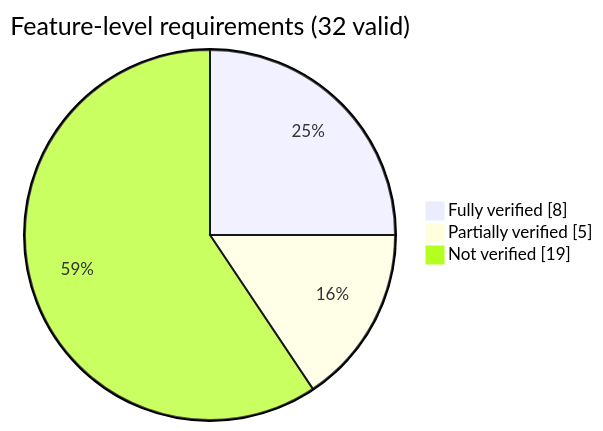
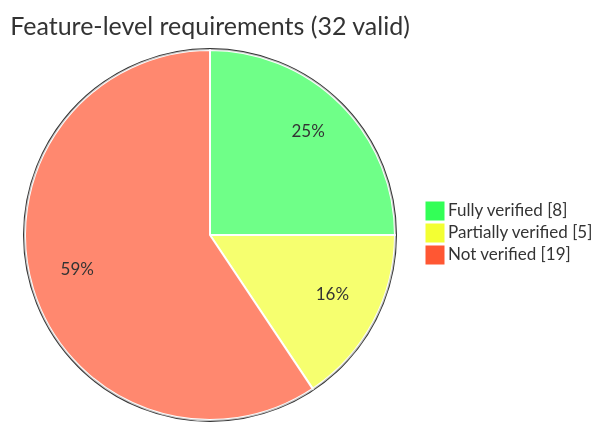
The first of 2 diagrams in tests/integration/integration_test_coverage.md (etas-contrib/score_lifecycle), drawn with Mermaid before and after one commit. The commit also changed other lines of this file, not shown here.

````diff
--- a/tests/integration/integration_test_coverage.md
+++ b/tests/integration/integration_test_coverage.md
@@ -62,6 +62,16 @@
 ```mermaid
+%%{init: {
+  'theme': 'base',
+  'themeVariables': {
+    'pie1': '#33FF57',
+    'pie2': '#F3FF33',
+    'pie3': '#FF5733',
+    'pieStrokeColor': '#ffffff',
+    'pieOuterStrokeColor': '#333333'
+  }
+}}%%
 pie showData title Feature-level requirements (32 valid)
     "Fully verified" : 8
     "Partially verified" : 5
     "Not verified" : 19
 ```
````
